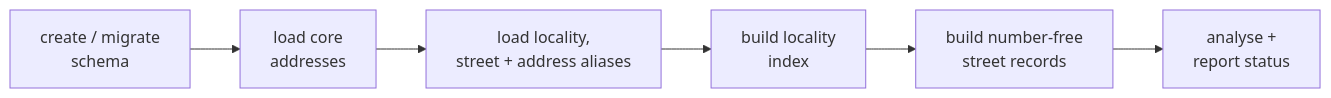
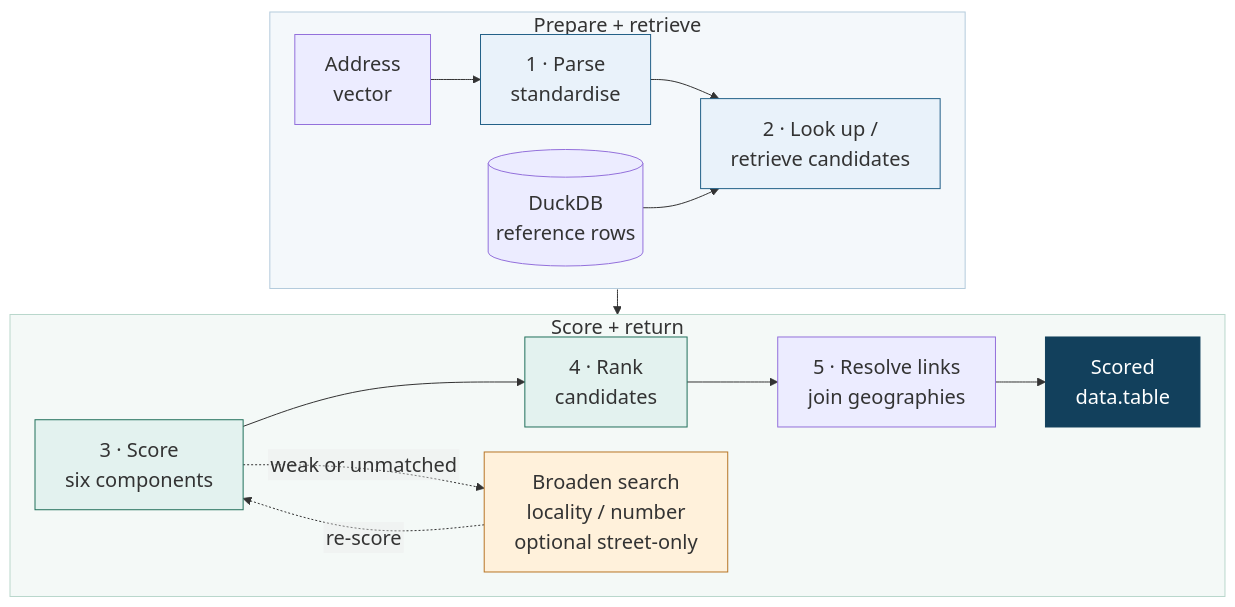
Before and after one commit to KyleHaynes/gnafr: the third of 5 diagrams in slides/gnafr-overview.qmd, drawn with Mermaid. The commit also changed other lines of this file and 38 other files, not shown here.

````diff
--- a/slides/gnafr-overview.qmd
+++ b/slides/gnafr-overview.qmd
@@ -282,9 +268,31 @@
 ```{mermaid}
-%%| fig-height: 3.5
-flowchart LR
-  A["create / migrate<br/>schema"] --> B["load core<br/>addresses"]
-  B --> C["load locality,<br/>street + address aliases"]
-  C --> D["build locality<br/>index"]
-  D --> E["build number-free<br/>street records"]
-  E --> F["analyse +<br/>report status"]
+%%| eval: true
+%%| echo: false
+%%| fig-height: 4.8
+%%| fig-width: 13
+%%{init: {'themeVariables': {'fontSize': '20px'}, 'flowchart': {'htmlLabels': false, 'curve': 'basis', 'rankSpacing': 25, 'nodeSpacing': 25}}}%%
+flowchart TB
+  subgraph PREP["Prepare + retrieve"]
+    direction LR
+    A["Address<br/>vector"] --> B["1 · Parse<br/>standardise"]
+    B --> C["2 · Look up /<br/>retrieve candidates"]
+    D[("DuckDB<br/>reference rows")] --> C
+  end
+  subgraph MATCH["Score + return"]
+    direction LR
+    E["3 · Score<br/>six components"] --> F["4 · Rank<br/>candidates"]
+    E -.->|weak or unmatched| G["Broaden search<br/>locality / number<br/>optional street-only"]
+    G -.->|re-score| E
+    F --> H["5 · Resolve links<br/>join geographies"]
+    H --> I["Scored<br/>data.table"]
+  end
+  PREP --> MATCH
+  style PREP fill:#f4f8fb,stroke:#b4cbdc
+  style MATCH fill:#f4f9f7,stroke:#b9d7cc
+  style B fill:#e9f2fa,stroke:#236188
+  style C fill:#e9f2fa,stroke:#236188
+  style E fill:#e3f2ef,stroke:#21705b
+  style F fill:#e3f2ef,stroke:#21705b
+  style G fill:#fff1db,stroke:#b77526
+  style I fill:#12405c,color:#fff,stroke:#12405c
 ```
````
